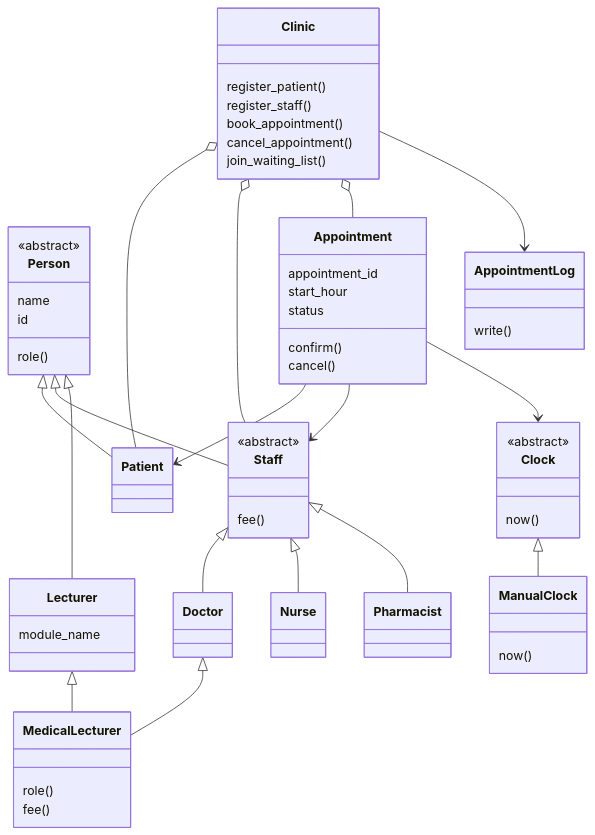
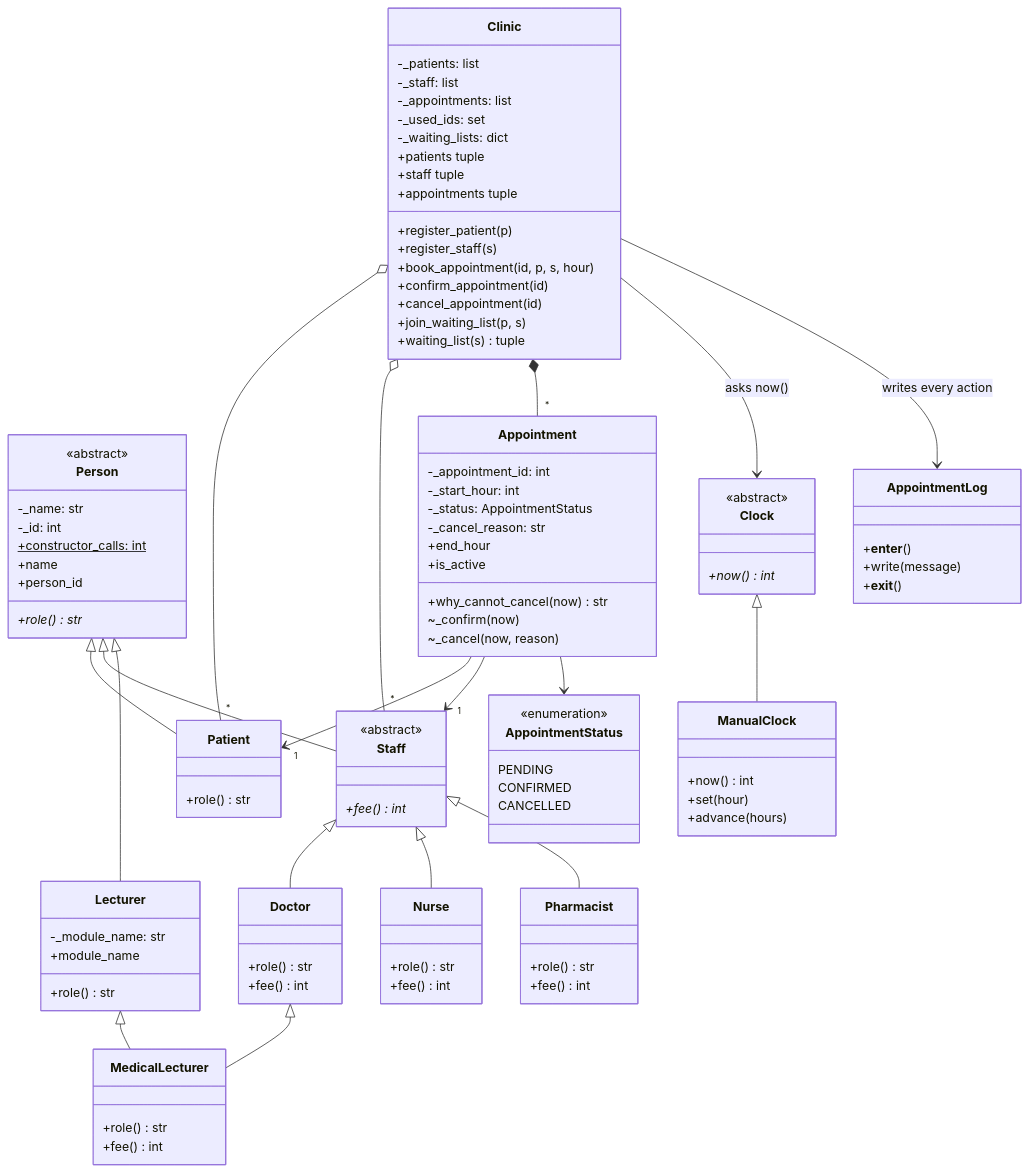
The diagram in README.md (Eliot3886/ClinicalAppointmentSystem), drawn with Mermaid before and after one commit. The commit also changed other lines of this file and 6 other files, not shown here.

````diff
--- a/README.md
+++ b/README.md
@@ -34,56 +33,100 @@
     Person <|-- Lecturer
     Doctor <|-- MedicalLecturer
     Lecturer <|-- MedicalLecturer
-
-    Appointment --> Patient
-    Appointment --> Staff
-    Appointment --> Clock
     Clock <|-- ManualClock
 
-    Clinic o-- Patient
-    Clinic o-- Staff
-    Clinic o-- Appointment
-    Clinic --> AppointmentLog
+    Appointment --> "1" Patient
+    Appointment --> "1" Staff
+    Appointment --> AppointmentStatus
+    Clinic o-- "*" Patient
+    Clinic o-- "*" Staff
+    Clinic *-- "*" Appointment
+    Clinic --> Clock : asks now()
+    Clinic --> AppointmentLog : writes every action
 
     class Person {
         <<abstract>>
-        name
-        id
-        role()
+        -_name: str
+        -_id: int
+        +constructor_calls: int$
+        +name
+        +person_id
+        +role()* str
+    }
+    class Patient {
+        +role() str
     }
     class Staff {
         <<abstract>>
-        fee()
+        +fee()* int
+    }
+    class Doctor {
+        +role() str
+        +fee() int
+    }
+    class Nurse {
+        +role() str
+        +fee() int
+    }
+    class Pharmacist {
+        +role() str
+        +fee() int
     }
     class Lecturer {
-        module_name
+        -_module_name: str
+        +module_name
+        +role() str
     }
     class MedicalLecturer {
-        role()
-        fee()
+        +role() str
+        +fee() int
+    }
+    class AppointmentStatus {
+        <<enumeration>>
+        PENDING
+        CONFIRMED
+        CANCELLED
     }
     class Appointment {
-        appointment_id
-        start_hour
-        status
-        confirm()
-        cancel()
+        -_appointment_id: int
+        -_start_hour: int
+        -_status: AppointmentStatus
+        -_cancel_reason: str
+        +end_hour
+        +is_active
+        +why_cannot_cancel(now) str
+        ~_confirm(now)
+        ~_cancel(now, reason)
     }
     class Clinic {
-        register_patient()
-        register_staff()
-        book_appointment()
-        cancel_appointment()
-        join_waiting_list()
+        -_patients: list
+        -_staff: list
+        -_appointments: list
+        -_used_ids: set
+        -_waiting_lists: dict
+        +patients tuple
+        +staff tuple
+        +appointments tuple
+        +register_patient(p)
+        +register_staff(s)
+        +book_appointment(id, p, s, hour)
+        +confirm_appointment(id)
+        +cancel_appointment(id)
+        +join_waiting_list(p, s)
+        +waiting_list(s) tuple
     }
     class Clock {
         <<abstract>>
-        now()
+        +now()* int
     }
     class ManualClock {
-        now()
+        +now() int
+        +set(hour)
+        +advance(hours)
     }
     class AppointmentLog {
-        write()
+        +__enter__()
+        +write(message)
+        +__exit__()
     }
 ```
````
